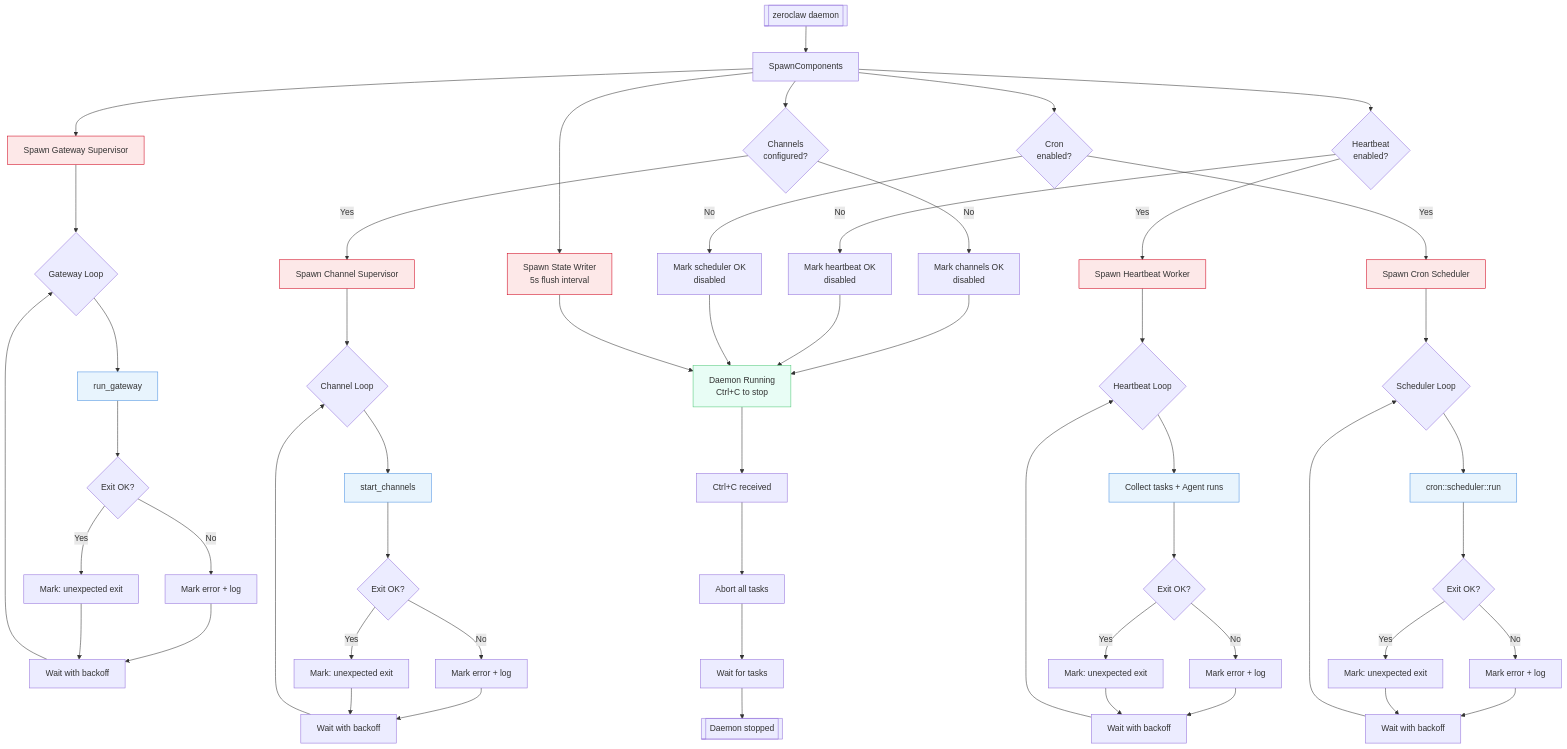
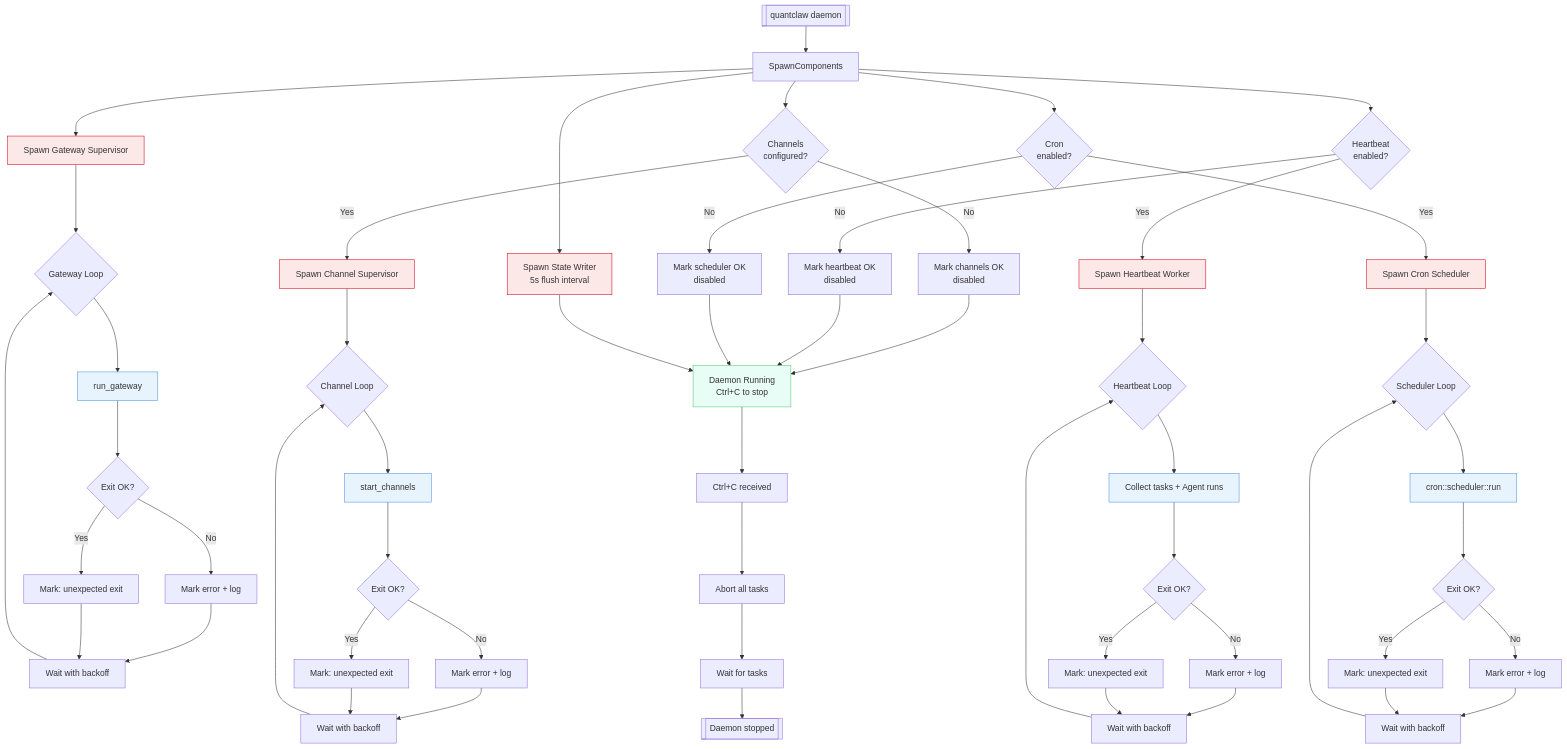
The fifth of 14 diagrams in docs/assets/architecture-diagrams.md (zeroclaw-labs/zeroclaw), drawn with Mermaid before and after one commit. The commit also changed other lines of this file and 1366 other files, not shown here.

Commit message:
feat: rename zeroclaw to quantclaw and update banner style

````diff
--- a/docs/assets/architecture-diagrams.md
+++ b/docs/assets/architecture-diagrams.md
@@ -212,74 +212,74 @@
 ```mermaid
 flowchart TB
-    Start[[zeroclaw daemon]] --> SpawnComponents
+    Start[[quantclaw daemon]] --> SpawnComponents
 
     SpawnComponents --> SpawnState[Spawn State Writer<br/>5s flush interval]
     SpawnComponents --> SpawnGateway[Spawn Gateway Supervisor]
     SpawnComponents --> SpawnChannels{Channels<br/>configured?}
     SpawnComponents --> SpawnHeartbeat{Heartbeat<br/>enabled?}
     SpawnComponents --> SpawnScheduler{Cron<br/>enabled?}
 
     SpawnChannels -->|Yes| SpawnChannelSup[Spawn Channel Supervisor]
     SpawnChannels -->|No| MarkChannelsOK[Mark channels OK<br/>disabled]
 
     SpawnHeartbeat -->|Yes| SpawnHeartbeatWorker[Spawn Heartbeat Worker]
     SpawnHeartbeat -->|No| MarkHeartbeatOK[Mark heartbeat OK<br/>disabled]
 
     SpawnScheduler -->|Yes| SpawnSchedulerWorker[Spawn Cron Scheduler]
     SpawnScheduler -->|No| MarkSchedulerOK[Mark scheduler OK<br/>disabled]
 
     SpawnGateway --> GatewayLoop{Gateway Loop}
     SpawnChannelSup --> ChannelLoop{Channel Loop}
     SpawnHeartbeatWorker --> HeartbeatLoop{Heartbeat Loop}
     SpawnSchedulerWorker --> SchedulerLoop{Scheduler Loop}
 
     GatewayLoop --> GatewayRun[run_gateway]
     GatewayRun --> GatewayExit{Exit OK?}
     GatewayExit -->|No| GatewayError[Mark error + log]
     GatewayExit -->|Yes| GatewayUnexpected[Mark: unexpected exit]
     GatewayError --> GatewayBackoff[Wait with backoff]
     GatewayUnexpected --> GatewayBackoff
     GatewayBackoff --> GatewayLoop
 
     ChannelLoop --> ChannelRun[start_channels]
     ChannelRun --> ChannelExit{Exit OK?}
     ChannelExit -->|No| ChannelError[Mark error + log]
     ChannelExit -->|Yes| ChannelUnexpected[Mark: unexpected exit]
     ChannelError --> ChannelBackoff[Wait with backoff]
     ChannelUnexpected --> ChannelBackoff
     ChannelBackoff --> ChannelLoop
 
     HeartbeatLoop --> HeartbeatRun[Collect tasks + Agent runs]
     HeartbeatRun --> HeartbeatExit{Exit OK?}
     HeartbeatExit -->|No| HeartbeatError[Mark error + log]
     HeartbeatExit -->|Yes| HeartbeatUnexpected[Mark: unexpected exit]
     HeartbeatError --> HeartbeatBackoff[Wait with backoff]
     HeartbeatUnexpected --> HeartbeatBackoff
     HeartbeatBackoff --> HeartbeatLoop
 
     SchedulerLoop --> SchedulerRun[cron::scheduler::run]
     SchedulerRun --> SchedulerExit{Exit OK?}
     SchedulerExit -->|No| SchedulerError[Mark error + log]
     SchedulerExit -->|Yes| SchedulerUnexpected[Mark: unexpected exit]
     SchedulerError --> SchedulerBackoff[Wait with backoff]
     SchedulerUnexpected --> SchedulerBackoff
     SchedulerBackoff --> SchedulerLoop
 
     MarkChannelsOK --> Running[Daemon Running<br/>Ctrl+C to stop]
     MarkHeartbeatOK --> Running
     MarkSchedulerOK --> Running
     SpawnState --> Running
 
     Running --> StopRequest[Ctrl+C received]
     StopRequest --> AbortAll[Abort all tasks]
     AbortAll --> JoinAll[Wait for tasks]
     JoinAll --> Done[[Daemon stopped]]
 
     classDef supervisor fill:#FDE8E8,stroke:#D0021B
     classDef running fill:#E8FDF5,stroke:#50C878
     classDef component fill:#E8F4FD,stroke:#4A90E2
 
     class SpawnGateway,SpawnChannelSup,SpawnHeartbeatWorker,SpawnSchedulerWorker,SpawnState supervisor
     class Running running
     class GatewayRun,ChannelRun,HeartbeatRun,SchedulerRun component
 ```
````
